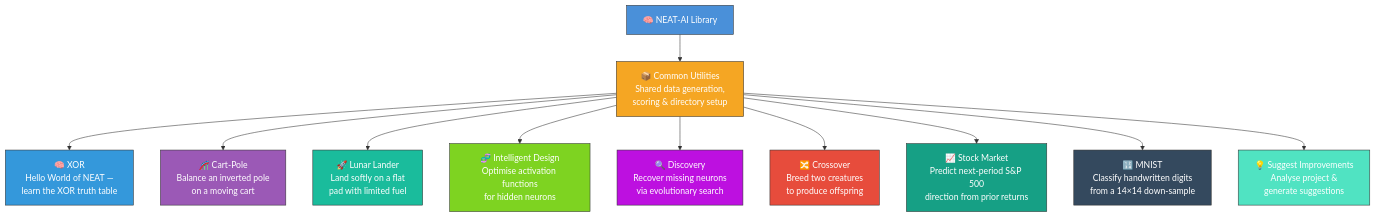
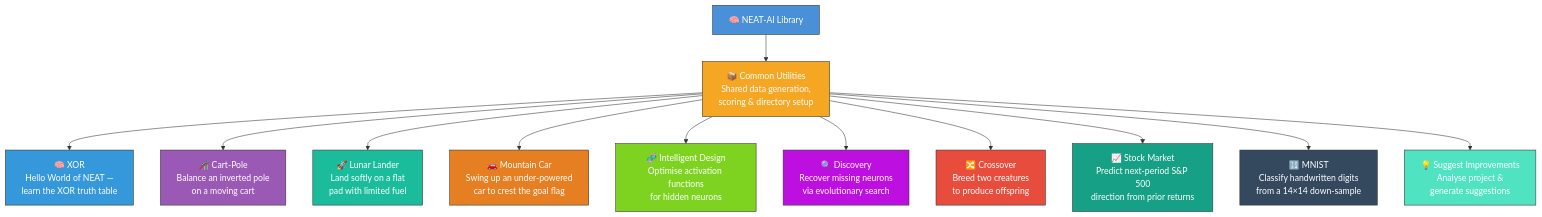
One commit to stSoftwareAU/NEAT-AI-Examples changed the first of 4 diagrams in README.md. Above: the diagram before and after it, drawn with Mermaid. The commit also changed other lines of this file and 14 other files, not shown here.

First line of the commit message:
Add Mountain Car classic control example with animated SVG (Issue #80)

````diff
--- a/README.md
+++ b/README.md
@@ -72,38 +81,41 @@
 ```mermaid
 flowchart TD
     NEAT["🧠 NEAT-AI Library"]
     COMMON["📦 Common Utilities<br/>Shared data generation,<br/>scoring & directory setup"]
 
     XOR["🧠 XOR<br/>Hello World of NEAT —<br/>learn the XOR truth table"]
     CART["🎢 Cart-Pole<br/>Balance an inverted pole<br/>on a moving cart"]
     LUNAR["🚀 Lunar Lander<br/>Land softly on a flat<br/>pad with limited fuel"]
+    MCAR["🚗 Mountain Car<br/>Swing up an under-powered<br/>car to crest the goal flag"]
     ID["🧬 Intelligent Design<br/>Optimise activation functions<br/>for hidden neurons"]
     DISC["🔍 Discovery<br/>Recover missing neurons<br/>via evolutionary search"]
     CROSS["🔀 Crossover<br/>Breed two creatures<br/>to produce offspring"]
     STOCK["📈 Stock Market<br/>Predict next-period S&P 500<br/>direction from prior returns"]
     MNIST["🔢 MNIST<br/>Classify handwritten digits<br/>from a 14×14 down-sample"]
     SUGGEST["💡 Suggest Improvements<br/>Analyse project &<br/>generate suggestions"]
 
     NEAT --> COMMON
     COMMON --> XOR
     COMMON --> CART
     COMMON --> LUNAR
+    COMMON --> MCAR
     COMMON --> ID
     COMMON --> DISC
     COMMON --> CROSS
     COMMON --> STOCK
     COMMON --> MNIST
     COMMON --> SUGGEST
 
     style NEAT fill:#4a90d9,stroke:#333,color:#fff
     style COMMON fill:#f5a623,stroke:#333,color:#fff
     style XOR fill:#3498db,stroke:#333,color:#fff
     style CART fill:#9b59b6,stroke:#333,color:#fff
     style LUNAR fill:#1abc9c,stroke:#333,color:#fff
+    style MCAR fill:#e67e22,stroke:#333,color:#fff
     style ID fill:#7ed321,stroke:#333,color:#fff
     style DISC fill:#bd10e0,stroke:#333,color:#fff
     style CROSS fill:#e74c3c,stroke:#333,color:#fff
     style STOCK fill:#16a085,stroke:#333,color:#fff
     style MNIST fill:#34495e,stroke:#333,color:#fff
     style SUGGEST fill:#50e3c2,stroke:#333,color:#fff
 ```
````
